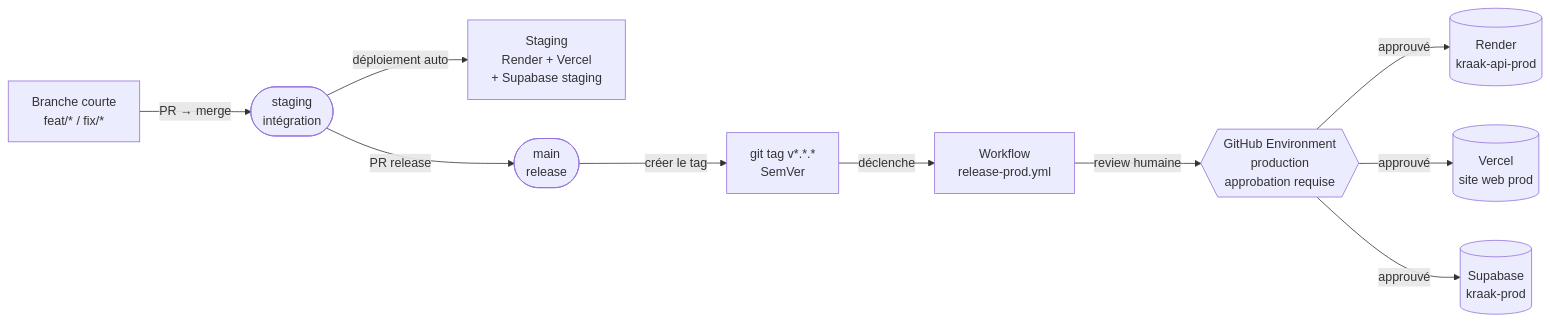
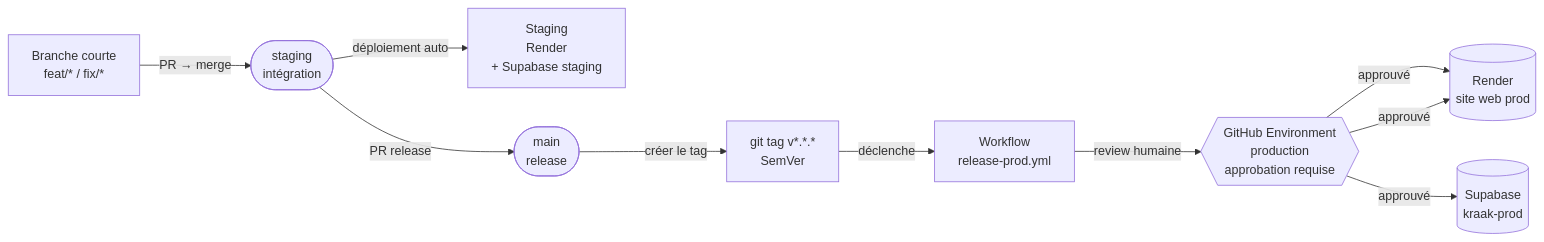
Before and after one commit to Ange230700/kraak-consulting: the diagram in docs/decisions/ARC-07-prod-release-tag-based.md, drawn with Mermaid. The commit also changed other lines of this file and 58 other files, not shown here.

Commit message:
chore(infra): remove Vercel and standardize web hosting on Render

````diff
--- a/docs/decisions/ARC-07-prod-release-tag-based.md
+++ b/docs/decisions/ARC-07-prod-release-tag-based.md
@@ -62,23 +62,23 @@
 ```mermaid
 flowchart LR
     dev["Branche courte\nfeat/* / fix/*"]
     staging_br(["staging\nintégration"])
-    staging_deploy["Staging\nRender + Vercel\n+ Supabase staging"]
+    staging_deploy["Staging\nRender\n+ Supabase staging"]
     main_br(["main\nrelease"])
     tag["git tag v*.*.*\nSemVer"]
     wf["Workflow\nrelease-prod.yml"]
     gh_env{{"GitHub Environment\nproduction\napprobation requise"}}
     render_prod[("Render\nkraak-api-prod")]
-    vercel_prod[("Vercel\nsite web prod")]
+    render_prod[("Render\nsite web prod")]
     supa_prod[("Supabase\nkraak-prod")]
 
     dev -- "PR → merge" --> staging_br
     staging_br -- "déploiement auto" --> staging_deploy
     staging_br -- "PR release" --> main_br
     main_br -- "créer le tag" --> tag
     tag -- "déclenche" --> wf
     wf -- "review humaine" --> gh_env
     gh_env -- "approuvé" --> render_prod
-    gh_env -- "approuvé" --> vercel_prod
+    gh_env -- "approuvé" --> render_prod
     gh_env -- "approuvé" --> supa_prod
 ```
````
